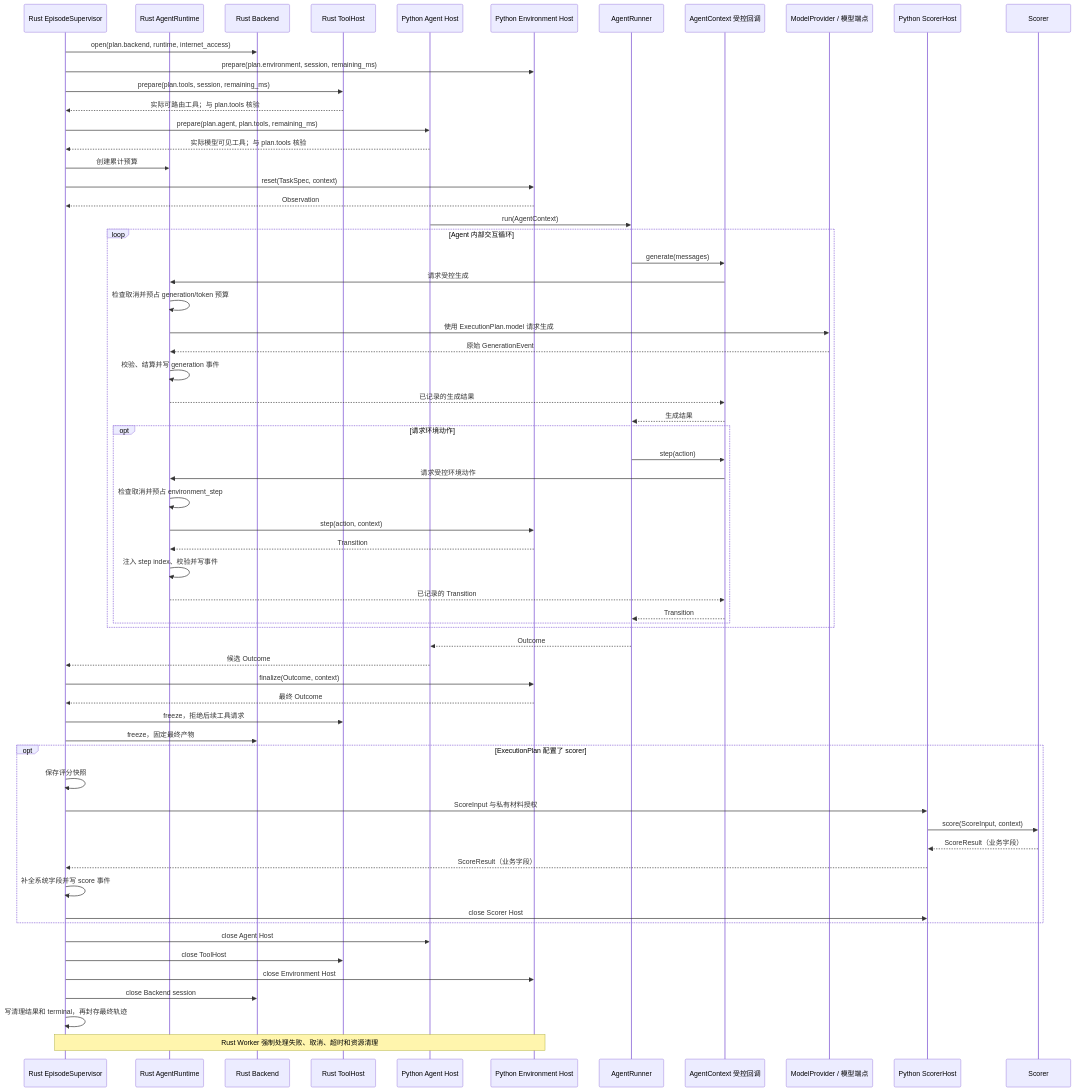
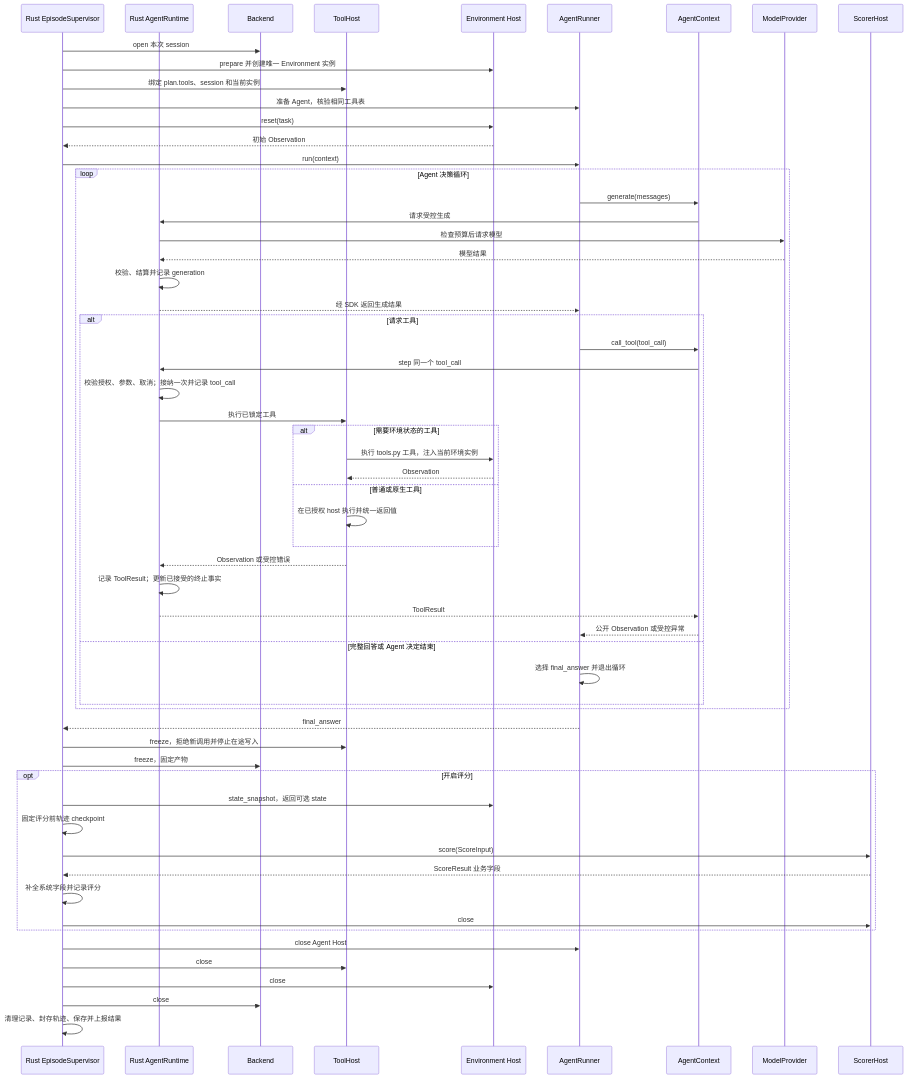
One commit to audreyyan1015/uenv_design changed the third of 5 diagrams in docs/development/reference_implementation.md. Above: the diagram before and after it, drawn with Mermaid. The commit also changed other lines of this file and 174 other files, not shown here.

First line of the commit message:
Align design contracts, agent tool execution, and persistent runtime

````diff
--- a/docs/development/reference_implementation.md
+++ b/docs/development/reference_implementation.md
@@ -261,65 +291,61 @@
 ```mermaid
 sequenceDiagram
   participant W as Rust EpisodeSupervisor
   participant R as Rust AgentRuntime
-  participant B as Rust Backend
-  participant T as Rust ToolHost
-  participant H as Python Agent Host
-  participant E as Python Environment Host
+  participant B as Backend
+  participant T as ToolHost
+  participant E as Environment Host
   participant A as AgentRunner
-  participant C as AgentContext 受控回调
-  participant M as ModelProvider / 模型端点
-  participant P as Python ScorerHost
-  participant S as Scorer
-  W->>B: open(plan.backend, runtime, internet_access)
-  W->>E: prepare(plan.environment, session, remaining_ms)
-  W->>T: prepare(plan.tools, session, remaining_ms)
-  T-->>W: 实际可路由工具；与 plan.tools 核验
-  W->>H: prepare(plan.agent, plan.tools, remaining_ms)
-  H-->>W: 实际模型可见工具；与 plan.tools 核验
-  W->>R: 创建累计预算
-  W->>E: reset(TaskSpec, context)
-  E-->>W: Observation
-  H->>A: run(AgentContext)
-  loop Agent 内部交互循环
+  participant C as AgentContext
+  participant M as ModelProvider
+  participant P as ScorerHost
+  W->>B: open 本次 session
+  W->>E: prepare 并创建唯一 Environment 实例
+  W->>T: 绑定 plan.tools、session 和当前实例
+  W->>A: 准备 Agent，核验相同工具表
+  W->>E: reset(task)
+  E-->>W: 初始 Observation
+  W->>A: run(context)
+  loop Agent 决策循环
     A->>C: generate(messages)
     C->>R: 请求受控生成
-    R->>R: 检查取消并预占 generation/token 预算
-    R->>M: 使用 ExecutionPlan.model 请求生成
-    M-->>R: 原始 GenerationEvent
-    R->>R: 校验、结算并写 generation 事件
-    R-->>C: 已记录的生成结果
-    C-->>A: 生成结果
-    opt 请求环境动作
-      A->>C: step(action)
-      C->>R: 请求受控环境动作
-      R->>R: 检查取消并预占 environment_step
-      R->>E: step(action, context)
-      E-->>R: Transition
-      R->>R: 注入 step index、校验并写事件
-      R-->>C: 已记录的 Transition
-      C-->>A: Transition
+    R->>M: 检查预算后请求模型
+    M-->>R: 模型结果
+    R->>R: 校验、结算并记录 generation
+    R-->>A: 经 SDK 返回生成结果
+    alt 请求工具
+      A->>C: call_tool(tool_call)
+      C->>R: step 同一个 tool_call
+      R->>R: 校验授权、参数、取消；接纳一次并记录 tool_call
+      R->>T: 执行已锁定工具
+      alt 需要环境状态的工具
+        T->>E: 执行 tools.py 工具，注入当前环境实例
+        E-->>T: Observation
+      else 普通或原生工具
+        T->>T: 在已授权 host 执行并统一返回值
+      end
+      T-->>R: Observation 或受控错误
+      R->>R: 记录 ToolResult；更新已接受的终止事实
+      R-->>C: ToolResult
+      C-->>A: 公开 Observation 或受控异常
+    else 完整回答或 Agent 决定结束
+      A->>A: 选择 final_answer 并退出循环
     end
   end
-  A-->>H: Outcome
-  H-->>W: 候选 Outcome
-  W->>E: finalize(Outcome, context)
-  E-->>W: 最终 Outcome
-  W->>T: freeze，拒绝后续工具请求
-  W->>B: freeze，固定最终产物
-  opt ExecutionPlan 配置了 scorer
-  W->>W: 保存评分快照
-  W->>P: ScoreInput 与私有材料授权
-  P->>S: score(ScoreInput, context)
-  S-->>P: ScoreResult（业务字段）
-  P-->>W: ScoreResult（业务字段）
-  W->>W: 补全系统字段并写 score 事件
-  W->>P: close Scorer Host
+  A-->>W: final_answer
+  W->>T: freeze，拒绝新调用并停止在途写入
+  W->>B: freeze，固定产物
+  opt 开启评分
+    W->>E: state_snapshot，返回可选 state
+    W->>W: 固定评分前轨迹 checkpoint
+    W->>P: score(ScoreInput)
+    P-->>W: ScoreResult 业务字段
+    W->>W: 补全系统字段并记录评分
+    W->>P: close
   end
-  W->>H: close Agent Host
-  W->>T: close ToolHost
-  W->>E: close Environment Host
-  W->>B: close Backend session
-  W->>W: 写清理结果和 terminal，再封存最终轨迹
-  Note over W,E: Rust Worker 强制处理失败、取消、超时和资源清理
+  W->>A: close Agent Host
+  W->>T: close
+  W->>E: close
+  W->>B: close
+  W->>W: 清理记录、封存轨迹、保存并上报结果
 ```
````
